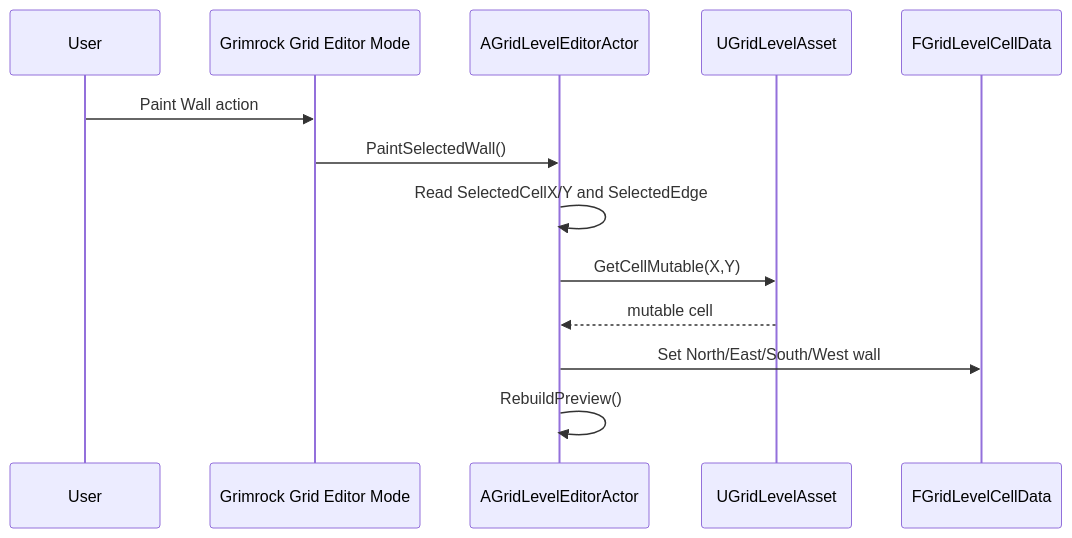
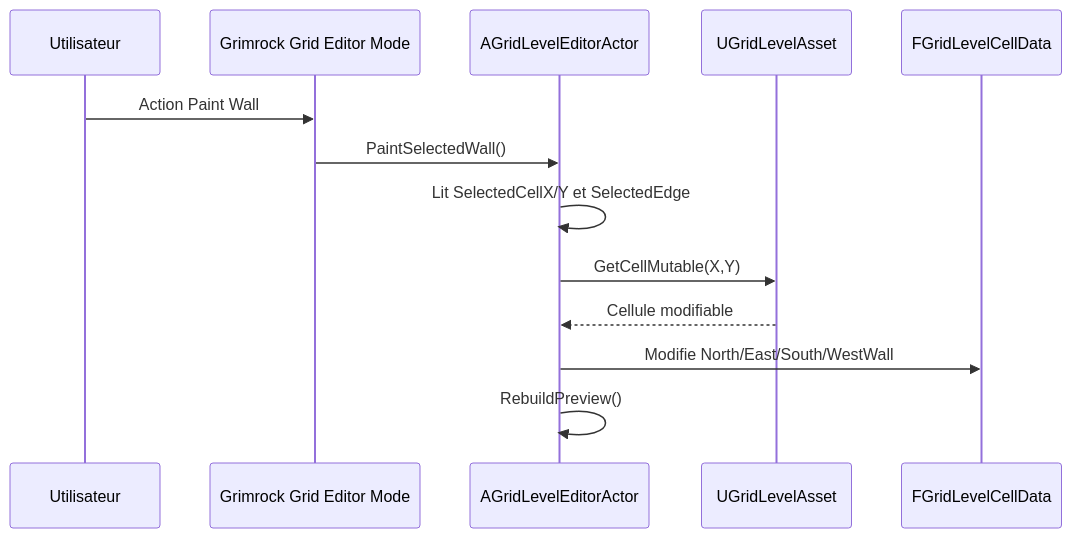
Before and after one commit to PhilippeMartin1964/GrimrockPrototype: the fifth of 9 diagrams in docs/Architecture/CORE_DUNGEON_LEVEL_GRID.md, drawn with Mermaid. The commit also changed other lines of this file, not shown here.

Commit message:
Translate core dungeon level grid documentation to French

````diff
--- a/docs/Architecture/CORE_DUNGEON_LEVEL_GRID.md
+++ b/docs/Architecture/CORE_DUNGEON_LEVEL_GRID.md
@@ -593,16 +597,16 @@
 ```mermaid
 sequenceDiagram
-    participant User as User
+    participant User as Utilisateur
     participant Mode as Grimrock Grid Editor Mode
     participant Editor as AGridLevelEditorActor
     participant Level as UGridLevelAsset
     participant Cell as FGridLevelCellData
 
-    User->>Mode: Paint Wall action
+    User->>Mode: Action Paint Wall
     Mode->>Editor: PaintSelectedWall()
-    Editor->>Editor: Read SelectedCellX/Y and SelectedEdge
+    Editor->>Editor: Lit SelectedCellX/Y et SelectedEdge
     Editor->>Level: GetCellMutable(X,Y)
-    Level-->>Editor: mutable cell
-    Editor->>Cell: Set North/East/South/West wall
+    Level-->>Editor: Cellule modifiable
+    Editor->>Cell: Modifie North/East/South/WestWall
     Editor->>Editor: RebuildPreview()
 ```
````
